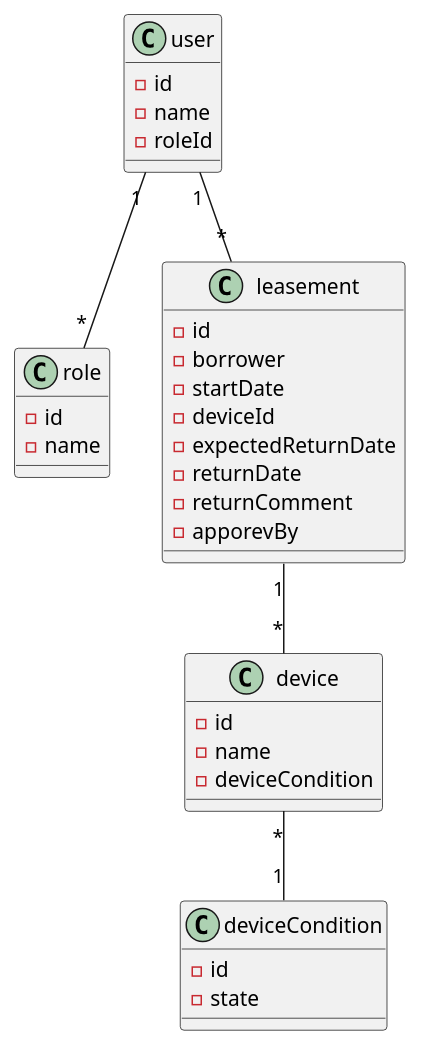
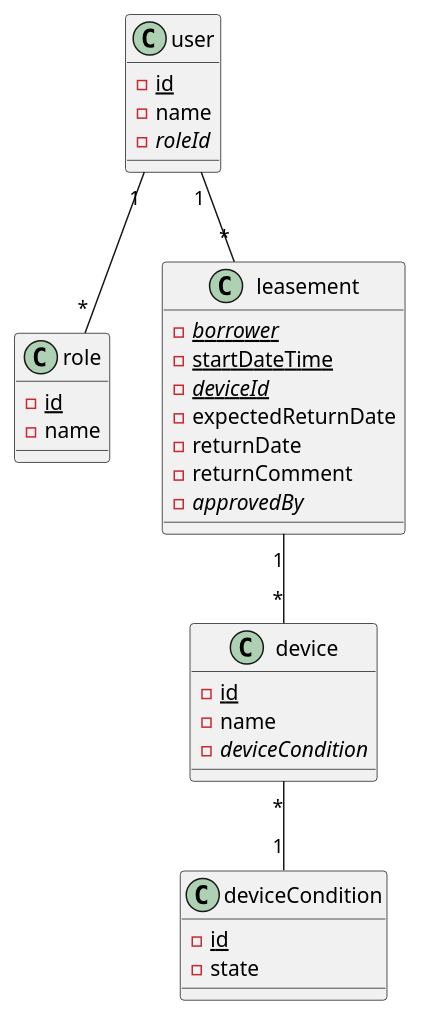
One commit to LukMayr/scratch changed the diagram in documentation/erd.puml. Above: the diagram before and after it, drawn with PlantUML.

Commit message:
add keys

```diff
--- a/documentation/erd.puml
+++ b/documentation/erd.puml
@@ -1,44 +1,43 @@
 @startuml
 
 class role {
-    - id
+    - {static} id
     - name
 }
 
 class user {
-    - id
+    - {static}  id
     - name
-    - roleId
+    - {abstract} roleId
 }
 
 class device {
-    - id
+    - {static} id
     - name
-    - deviceCondition
+    - {abstract} deviceCondition
 }
 
 class deviceCondition {
-    - id
+    - {static} id
     - state
 }
 
 class leasement {
-    - id
-    - borrower
-    - startDate
-    - deviceId
+    - {abstract}{static} borrower
+    - {static} startDateTime
+    - {abstract}{static} deviceId
     - expectedReturnDate
     - returnDate
     - returnComment
-    - apporevBy
+    - {abstract} approvedBy
 }
 
 
 
 user "1" -- "*" role
 user "1" -- "*" leasement
 leasement "1" -- "*" device
 device "*" -- "1" deviceCondition
 
 
 @enduml
```
